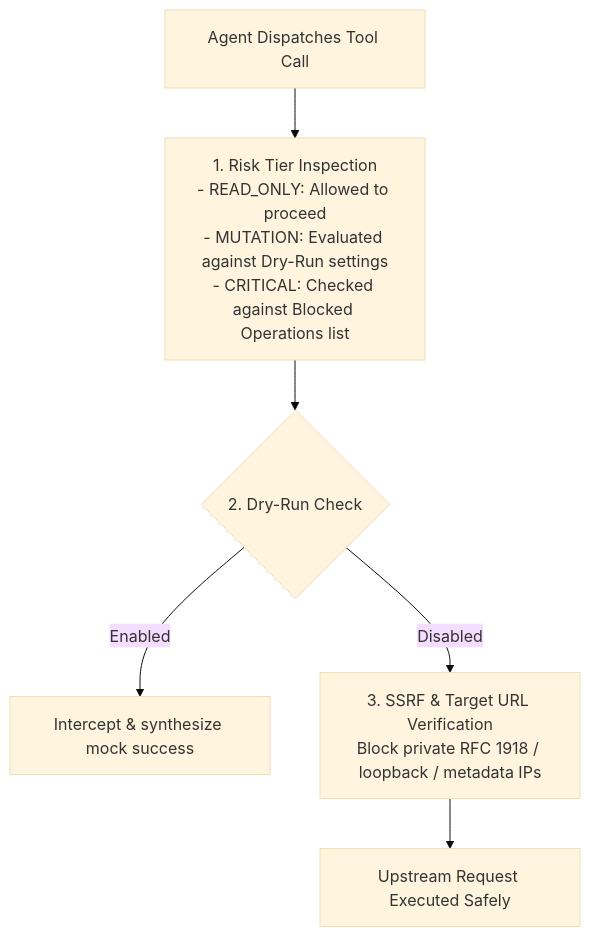
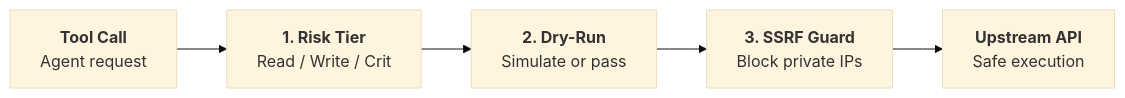
The diagram in packages/studio/content/docs/safety/index.mdx (BraveRam/postmcp), drawn with Mermaid (base theme) before and after one commit. The commit also changed 14 other files, not shown here.

Commit message:
docs(mermaid): standardize documentation diagrams to compact horizontal flowchart layout (v0.1.24)

````diff
--- a/packages/studio/content/docs/safety/index.mdx
+++ b/packages/studio/content/docs/safety/index.mdx
@@ -40,8 +40,8 @@
 ```mermaid
-graph TD
-  Call["Agent Dispatches Tool Call"] --> Risk["1. Risk Tier Inspection<br/>- READ_ONLY: Allowed to proceed<br/>- MUTATION: Evaluated against Dry-Run settings<br/>- CRITICAL: Checked against Blocked Operations list"]
-  Risk --> DryRun{"2. Dry-Run Check"}
-  DryRun -->|"Enabled"| Mock["Intercept & synthesize mock success"]
-  DryRun -->|"Disabled"| Network["3. SSRF & Target URL Verification<br/>Block private RFC 1918 / loopback / metadata IPs"]
-  Network --> Exec["Upstream Request Executed Safely"]
+flowchart LR
+  Call["<b>Tool Call</b><br/>Agent request"]
+  --> Tier["<b>1. Risk Tier</b><br/>Read / Write / Crit"]
+  --> Dry["<b>2. Dry-Run</b><br/>Simulate or pass"]
+  --> SSRF["<b>3. SSRF Guard</b><br/>Block private IPs"]
+  --> Exec["<b>Upstream API</b><br/>Safe execution"]
 ```
````
